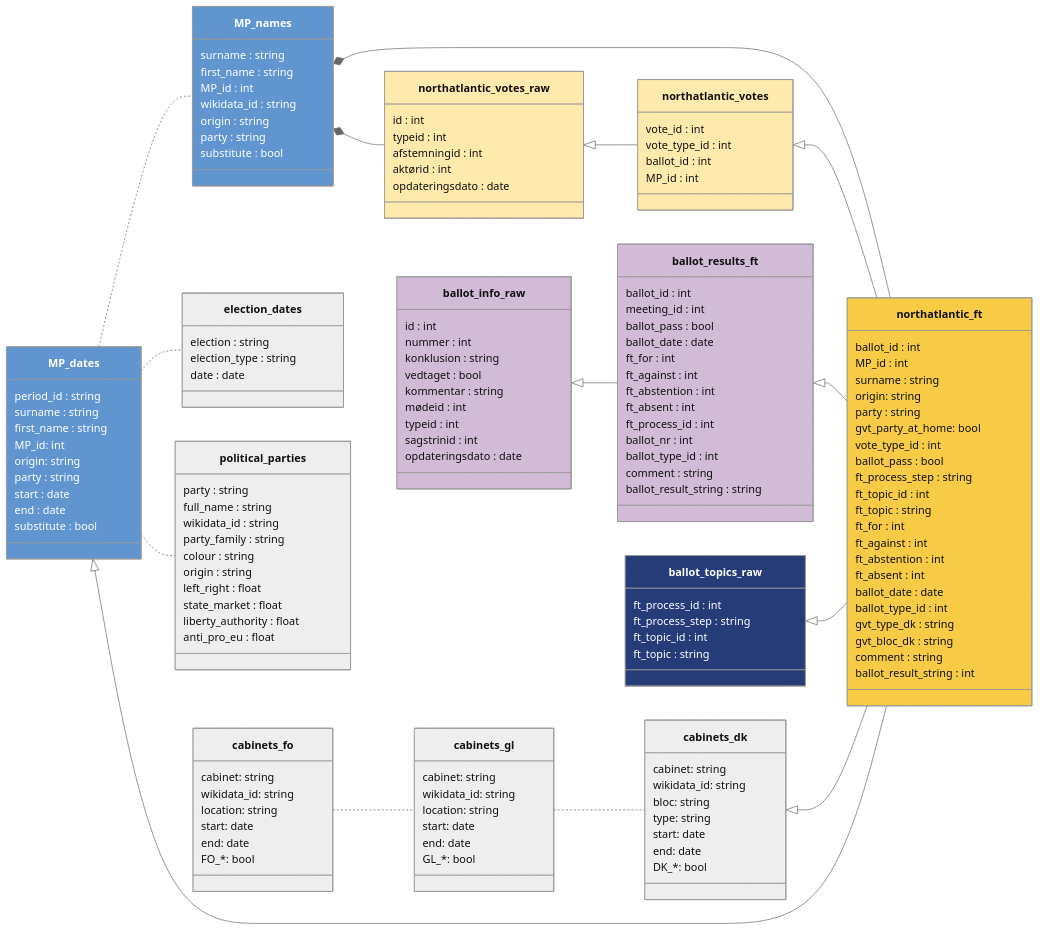
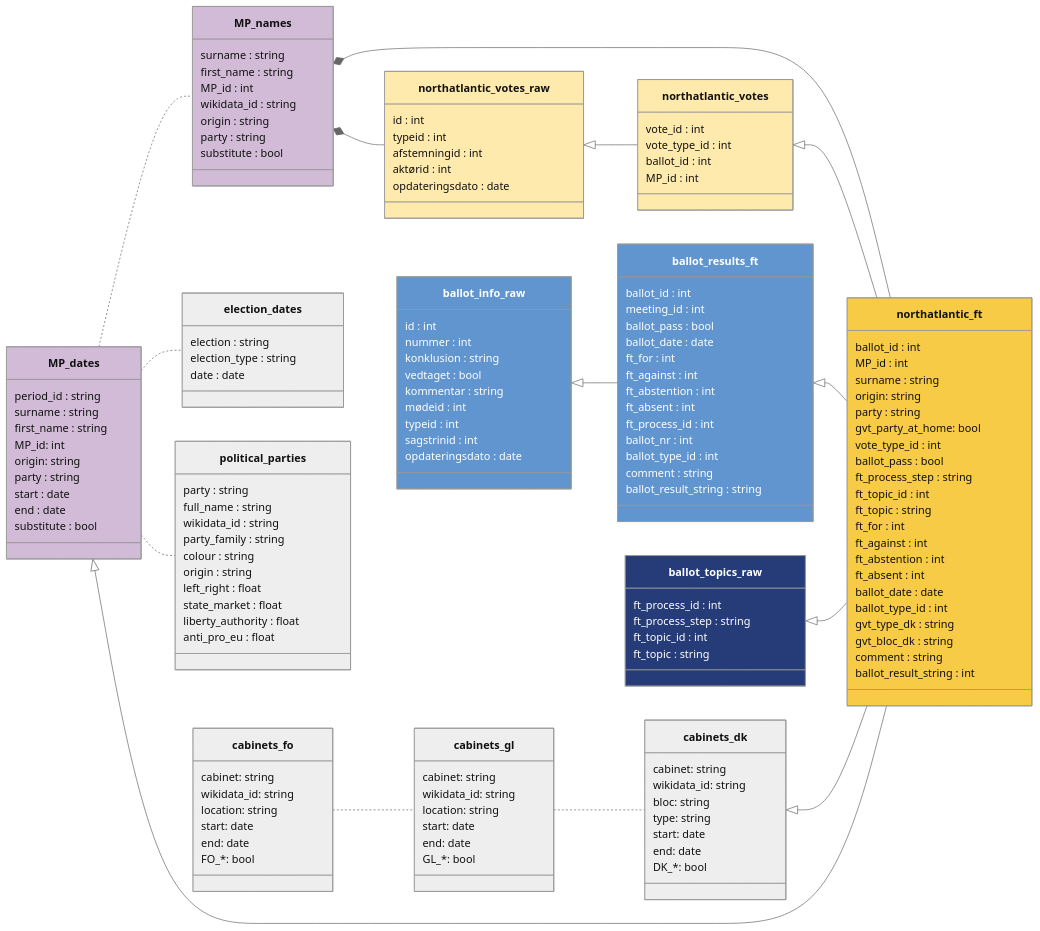
The diagram in docs/codebook.qmd (mtwente/nordatlantisk-ft), drawn with Mermaid (neutral theme) before and after one commit. The commit also changed other lines of this file and 5 other files, not shown here.

```diff
--- a/docs/codebook.qmd
+++ b/docs/codebook.qmd
@@ -269,8 +269,8 @@
       DK_&ast;: bool
     }
 
-style ballot_info_raw fill:#D1BBD7
-style ballot_results_ft fill:#D1BBD7
+style ballot_info_raw fill:#6195CF,color:#FFFFFF
+style ballot_results_ft fill:#6195CF,color:#FFFFFF
 
 style ballot_topics_raw fill:#253C78,color:#FFFFFF
 
@@ -279,8 +279,8 @@
 style northatlantic_votes_raw fill:#FFEAAE
 style northatlantic_votes fill:#FFEAAE
 
-style MP_names fill:#6195CF,color:#FFFFFF
-style MP_dates fill:#6195CF,color:#FFFFFF
+style MP_names fill:#D1BBD7
+style MP_dates fill:#D1BBD7
 
 click MP_dates href "#mp_dates" "tooltip"
 click election_dates href "#election_dates" "tooltip"
```
